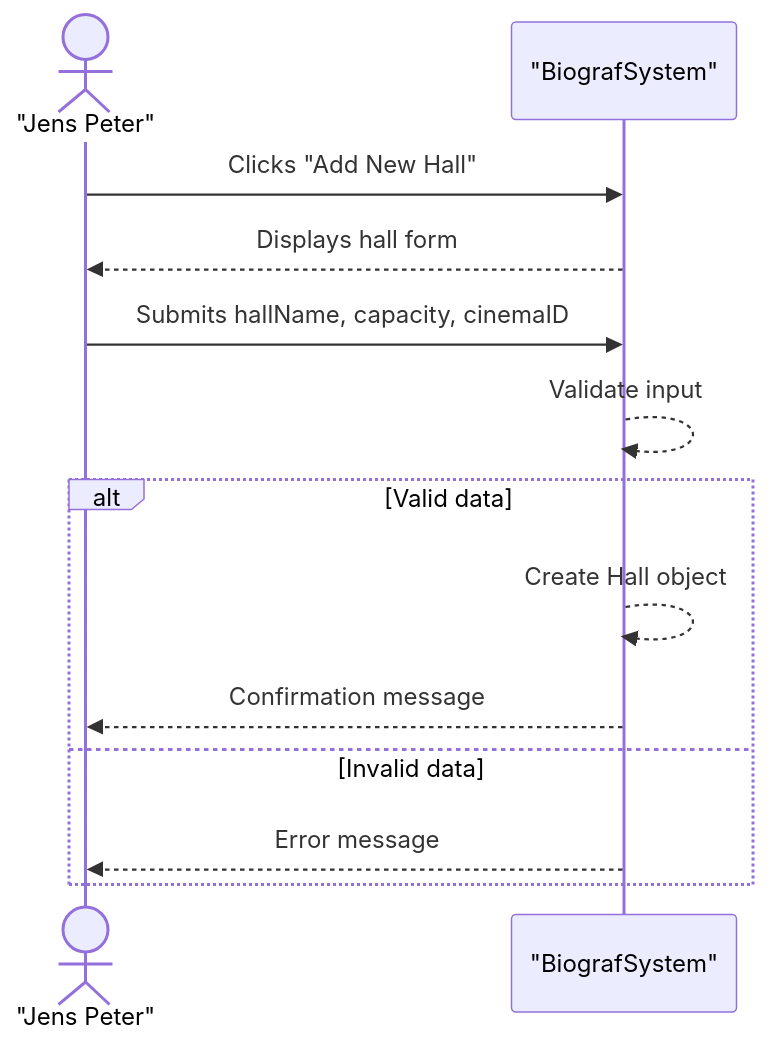
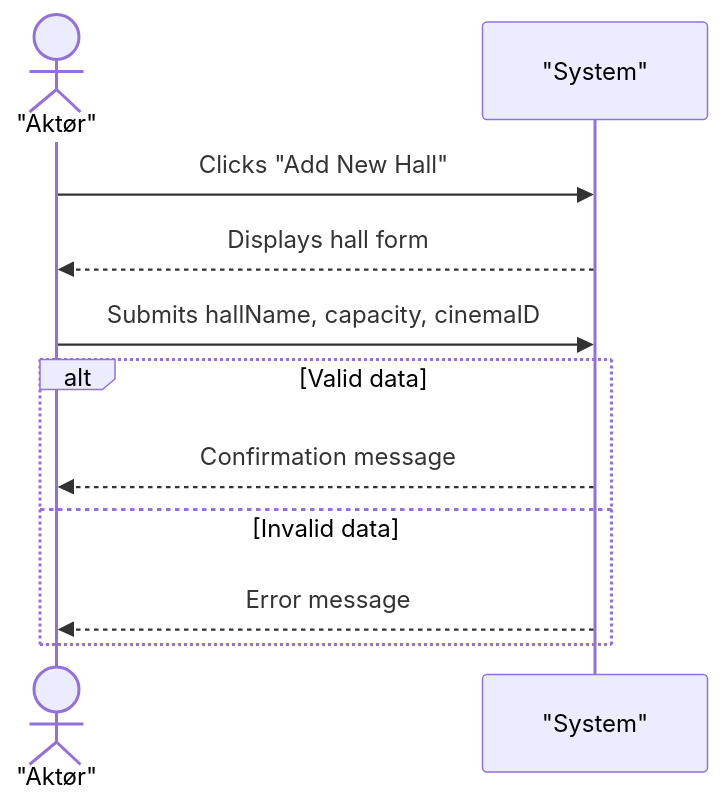
One commit to DMOoF25/TheMovie changed the diagram in docs/SSD S2 UC2.mmd. Above: the diagram before and after it, drawn with Mermaid.

Commit message:
Update SSD S2 UC2.mmd

```diff
--- a/docs/SSD S2 UC2.mmd
+++ b/docs/SSD S2 UC2.mmd
@@ -1,15 +1,15 @@
 sequenceDiagram
-    actor JensPeter as "Jens Peter"
-    participant System as "BiografSystem"
+    actor JensPeter as "Aktør"
+    participant System as "System"
 
     JensPeter->>System: Clicks "Add New Hall"
     System-->>JensPeter: Displays hall form
 
     JensPeter->>System: Submits hallName, capacity, cinemaID
-    System-->>System: Validate input
+    
     alt Valid data
-        System-->>System: Create Hall object
+        
         System-->>JensPeter: Confirmation message
     else Invalid data
         System-->>JensPeter: Error message
     end
```
